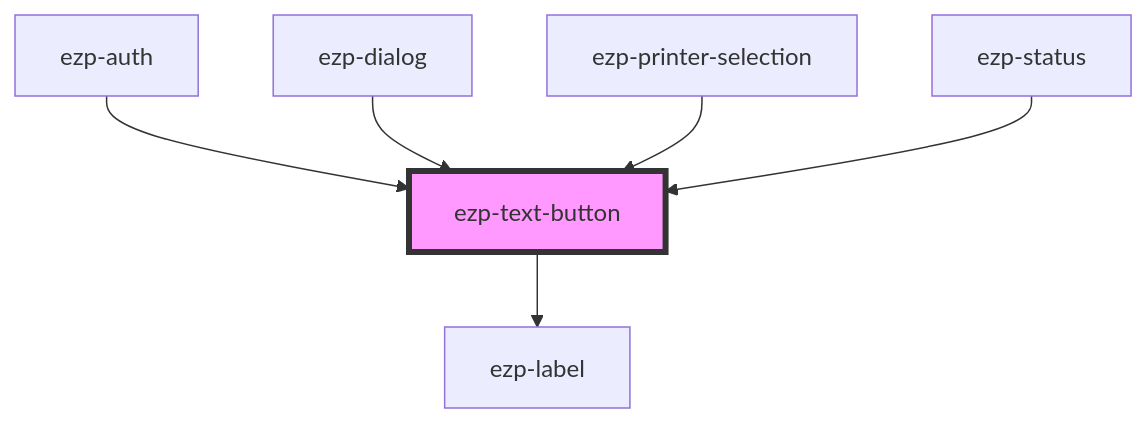
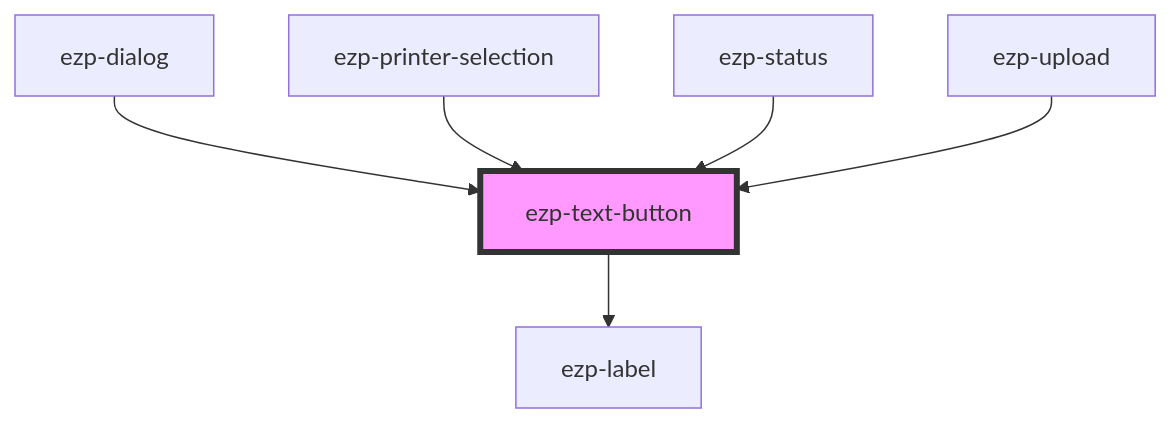
The diagram in src/components/ezp-text-button/readme.md (ezeep/ezeep-js), drawn with Mermaid before and after one commit. The commit also changed other lines of this file and 33 other files, not shown here.

First line of the commit message:
feat(ui): redesign print flow (Print Now upload + Drucken options)

````diff
--- a/src/components/ezp-text-button/readme.md
+++ b/src/components/ezp-text-button/readme.md
@@ -32,9 +33,9 @@
 ```mermaid
 graph TD;
   ezp-text-button --> ezp-label
-  ezp-auth --> ezp-text-button
   ezp-dialog --> ezp-text-button
   ezp-printer-selection --> ezp-text-button
   ezp-status --> ezp-text-button
+  ezp-upload --> ezp-text-button
   style ezp-text-button fill:#f9f,stroke:#333,stroke-width:4px
 ```
````
